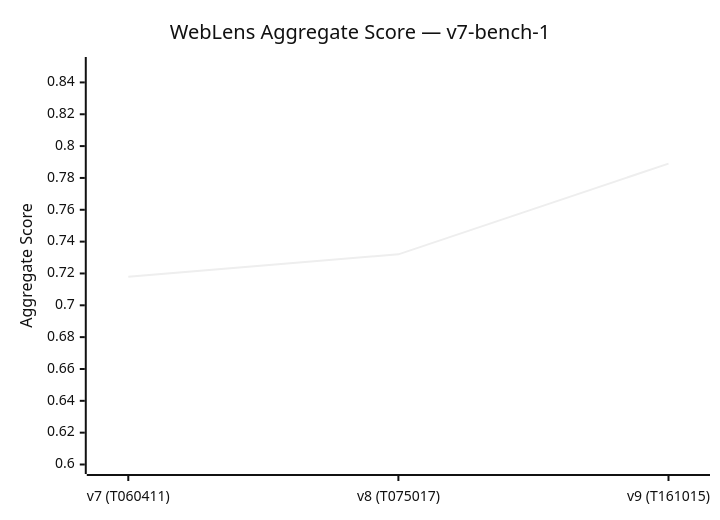
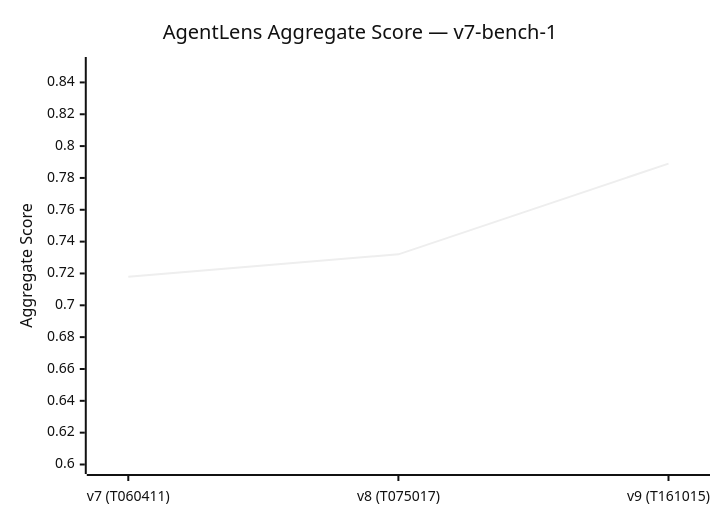
Before and after one commit to tusharjain1003/AgentLens: the fifth of 8 diagrams in docs/EVALUATION-RESULTS.md, drawn with Mermaid (neutral theme). The commit also changed other lines of this file and 22 other files, not shown here.

First line of the commit message:
Fix review issues: rename WebLens→AgentLens, add ROADMAP, CI badge, observability section

````diff
--- a/docs/EVALUATION-RESULTS.md
+++ b/docs/EVALUATION-RESULTS.md
@@ -578,7 +578,7 @@
 ```mermaid
 xychart-beta
-    title "WebLens Aggregate Score — v7-bench-1"
+    title "AgentLens Aggregate Score — v7-bench-1"
     x-axis ["v7 (T060411)", "v8 (T075017)", "v9 (T161015)"]
     y-axis "Aggregate Score" 0.60 --> 0.85
     line [0.718, 0.732, 0.789]
 ```
````
